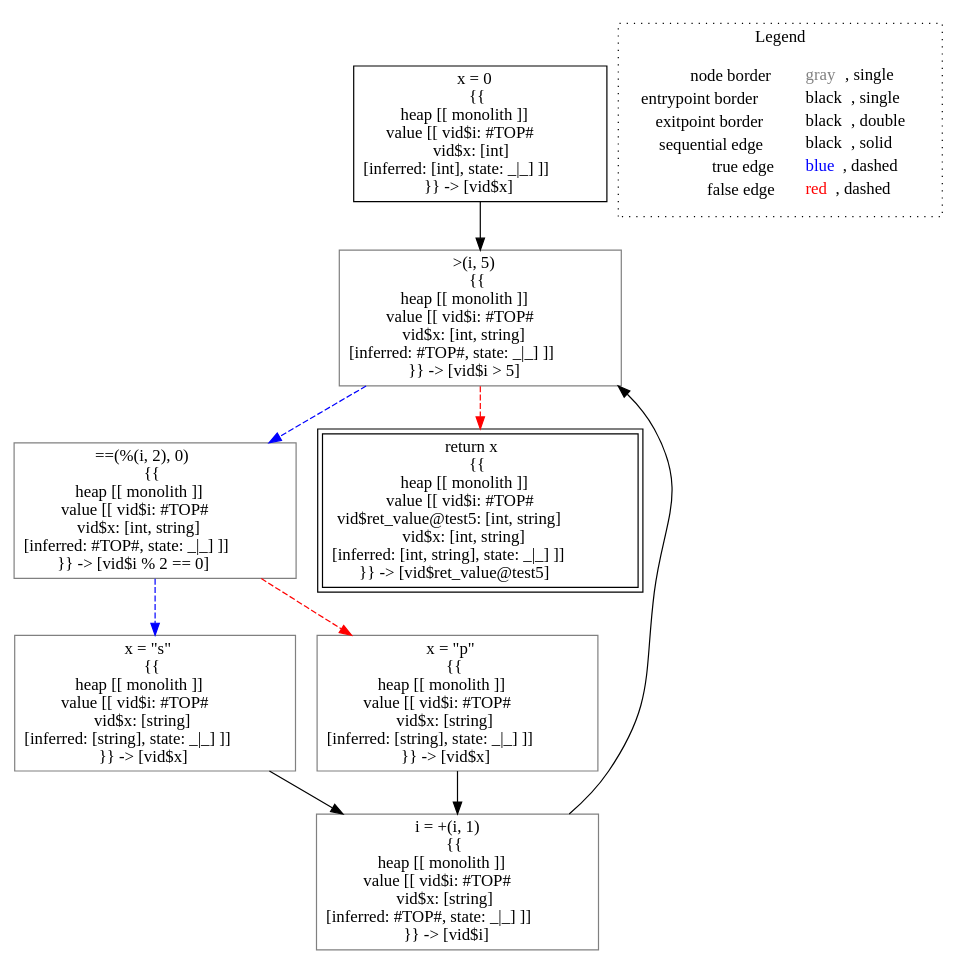
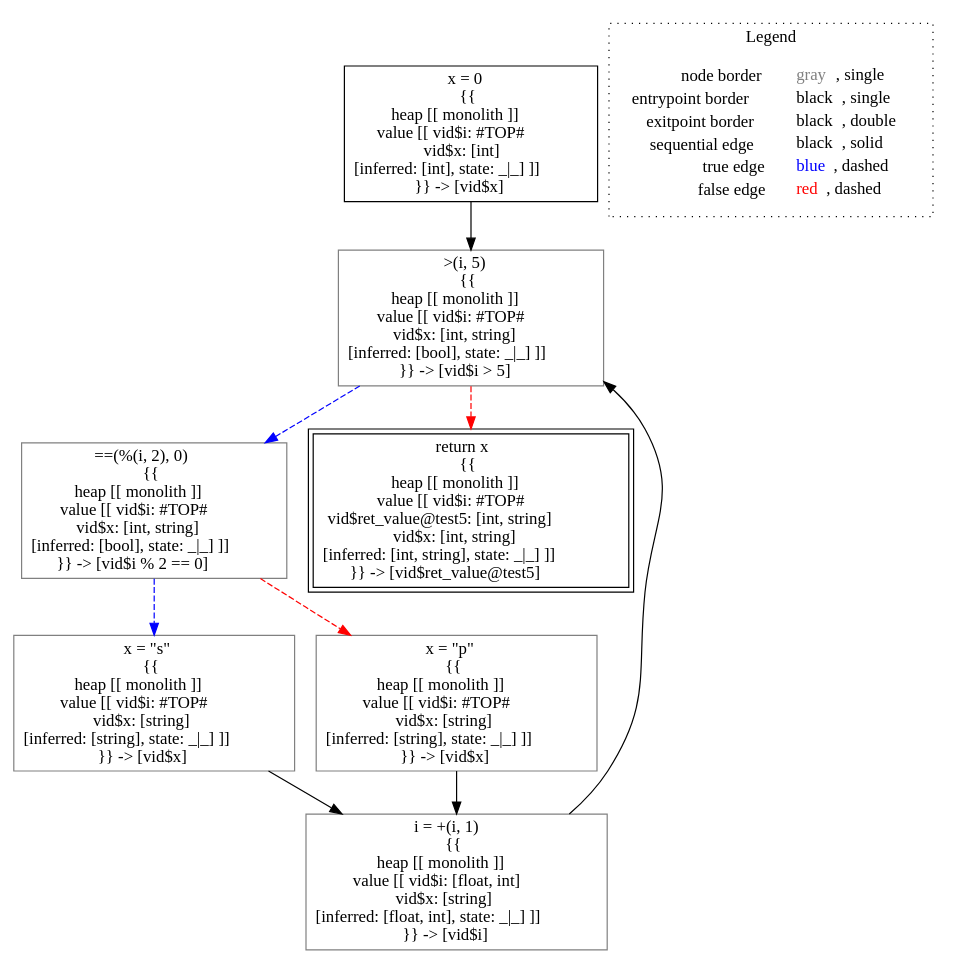
Before and after one commit to lisa-analyzer/lisa: the diagram in lisa/imp-testcases/type-inference/typing___untyped_typing.test5(typing_this,_untyped_i).dot, drawn with Graphviz. The commit also changed 12 other files, not shown here.

Commit message:
#45 recursive evaluation no longer takes automatic action with top value

```diff
--- a/lisa/imp-testcases/type-inference/typing___untyped_typing.test5(typing_this,_untyped_i).dot
+++ b/lisa/imp-testcases/type-inference/typing___untyped_typing.test5(typing_this,_untyped_i).dot
@@ -1,24 +1,24 @@
 digraph {
 	"node0" [shape="rect",color="black",label=<x = 0<BR/>{{<BR/>heap [[ monolith ]]<BR/>value [[ vid$i: #TOP#<BR/>vid$x: [int]<BR/>[inferred: [int], state: _|_] ]]<BR/>}} -&gt; [vid$x]>];
 	"node1" [shape="rect",color="gray",label=<x = &quot;s&quot;<BR/>{{<BR/>heap [[ monolith ]]<BR/>value [[ vid$i: #TOP#<BR/>vid$x: [string]<BR/>[inferred: [string], state: _|_] ]]<BR/>}} -&gt; [vid$x]>];
 	"node2" [shape="rect",color="gray",label=<x = &quot;p&quot;<BR/>{{<BR/>heap [[ monolith ]]<BR/>value [[ vid$i: #TOP#<BR/>vid$x: [string]<BR/>[inferred: [string], state: _|_] ]]<BR/>}} -&gt; [vid$x]>];
-	"node3" [shape="rect",color="gray",label=<==(%(i, 2), 0)<BR/>{{<BR/>heap [[ monolith ]]<BR/>value [[ vid$i: #TOP#<BR/>vid$x: [int, string]<BR/>[inferred: #TOP#, state: _|_] ]]<BR/>}} -&gt; [vid$i % 2 == 0]>];
-	"node4" [shape="rect",color="gray",label=<&gt;(i, 5)<BR/>{{<BR/>heap [[ monolith ]]<BR/>value [[ vid$i: #TOP#<BR/>vid$x: [int, string]<BR/>[inferred: #TOP#, state: _|_] ]]<BR/>}} -&gt; [vid$i &gt; 5]>];
-	"node5" [shape="rect",color="gray",label=<i = +(i, 1)<BR/>{{<BR/>heap [[ monolith ]]<BR/>value [[ vid$i: #TOP#<BR/>vid$x: [string]<BR/>[inferred: #TOP#, state: _|_] ]]<BR/>}} -&gt; [vid$i]>];
+	"node3" [shape="rect",color="gray",label=<==(%(i, 2), 0)<BR/>{{<BR/>heap [[ monolith ]]<BR/>value [[ vid$i: #TOP#<BR/>vid$x: [int, string]<BR/>[inferred: [bool], state: _|_] ]]<BR/>}} -&gt; [vid$i % 2 == 0]>];
+	"node4" [shape="rect",color="gray",label=<&gt;(i, 5)<BR/>{{<BR/>heap [[ monolith ]]<BR/>value [[ vid$i: #TOP#<BR/>vid$x: [int, string]<BR/>[inferred: [bool], state: _|_] ]]<BR/>}} -&gt; [vid$i &gt; 5]>];
+	"node5" [shape="rect",color="gray",label=<i = +(i, 1)<BR/>{{<BR/>heap [[ monolith ]]<BR/>value [[ vid$i: [float, int]<BR/>vid$x: [string]<BR/>[inferred: [float, int], state: _|_] ]]<BR/>}} -&gt; [vid$i]>];
 	"node6" [shape="rect",color="black",peripheries="2",label=<return x<BR/>{{<BR/>heap [[ monolith ]]<BR/>value [[ vid$i: #TOP#<BR/>vid$ret_value@test5: [int, string]<BR/>vid$x: [int, string]<BR/>[inferred: [int, string], state: _|_] ]]<BR/>}} -&gt; [vid$ret_value@test5]>];
 	"node1" -> "node5" [color="black"];
 	"node2" -> "node5" [color="black"];
 	"node3" -> "node1" [color="blue",style="dashed"];
 	"node3" -> "node2" [color="red",style="dashed"];
 	"node4" -> "node3" [color="blue",style="dashed"];
 	"node4" -> "node6" [color="red",style="dashed"];
 	"node5" -> "node4" [color="black"];
 	"node0" -> "node4" [color="black"];
 subgraph cluster_legend {
 	label="Legend";
 	style=dotted;
 	node [shape=plaintext];
 	"legend" [label=<<table border="0" cellpadding="2" cellspacing="0" cellborder="0"><tr><td align="right">node border&nbsp;</td><td align="left"><font color="gray">gray</font>, single</td></tr><tr><td align="right">entrypoint border&nbsp;</td><td align="left"><font color="black">black</font>, single</td></tr><tr><td align="right">exitpoint border&nbsp;</td><td align="left"><font color="black">black</font>, double</td></tr><tr><td align="right">sequential edge&nbsp;</td><td align="left"><font color="black">black</font>, solid</td></tr><tr><td align="right">true edge&nbsp;</td><td align="left"><font color="blue">blue</font>, dashed</td></tr><tr><td align="right">false edge&nbsp;</td><td align="left"><font color="red">red</font>, dashed</td></tr></table>>];
 }
 
 }
```
